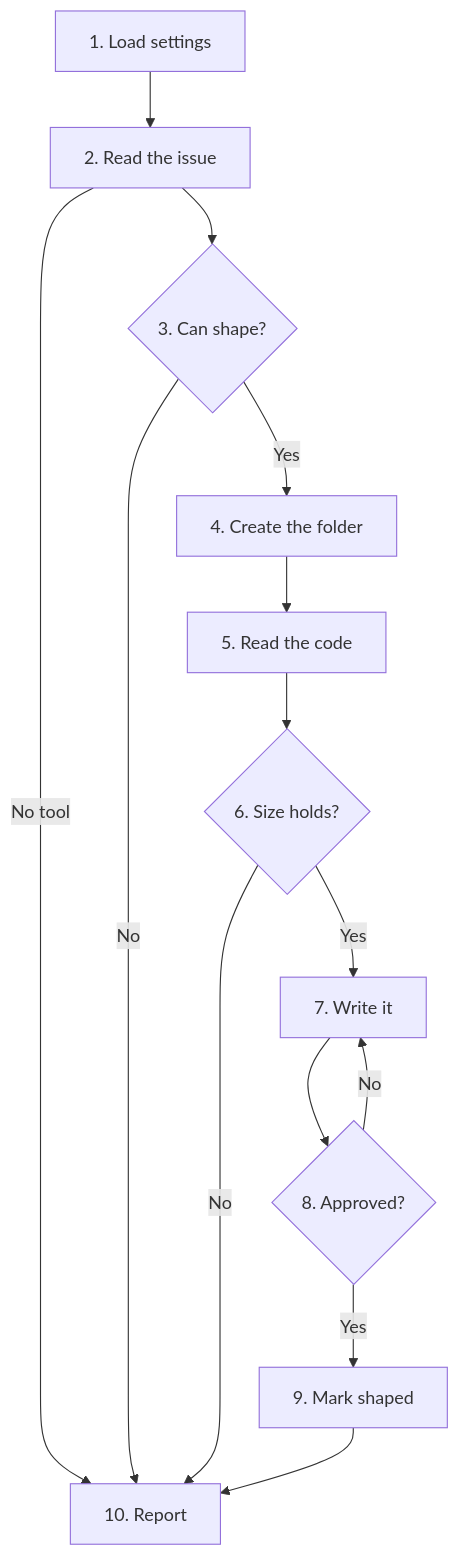
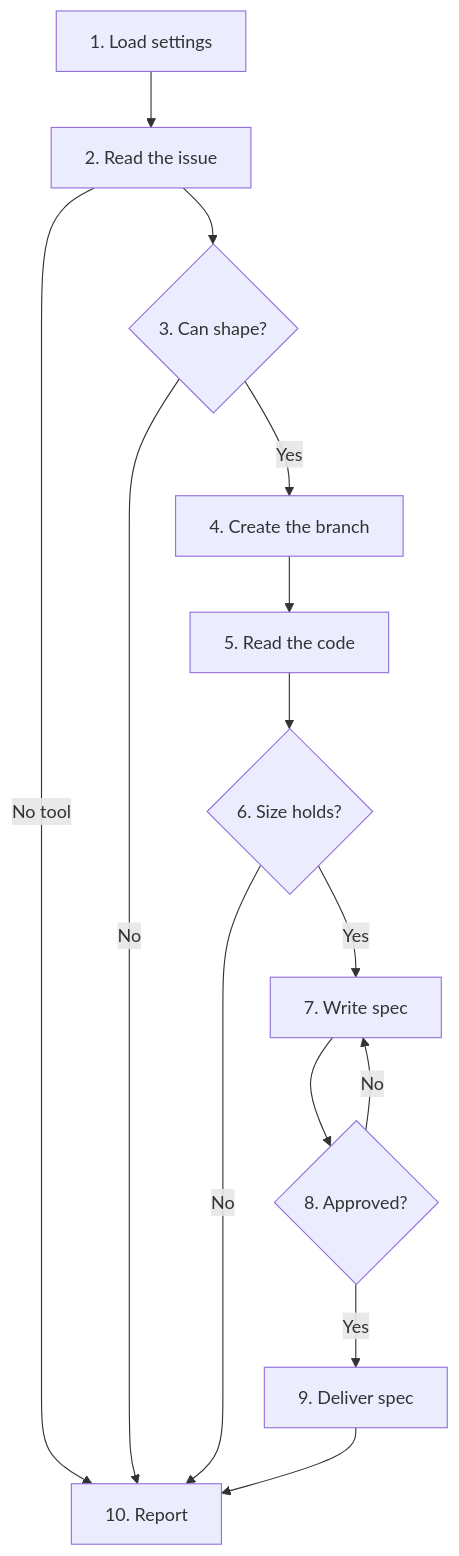
The diagram in skills/sdlc/shape/SKILL.md (cultoftheai/skills), drawn with Mermaid before and after one commit. The commit also changed other lines of this file and 5 other files, not shown here.

````diff
--- a/skills/sdlc/shape/SKILL.md
+++ b/skills/sdlc/shape/SKILL.md
@@ -19,27 +19,27 @@
 ```mermaid
 flowchart TD
     A[1. Load settings]
     B[2. Read the issue]
     C{3. Can shape?}
-    D[4. Create the folder]
+    D[4. Create the branch]
     E[5. Read the code]
     F{6. Size holds?}
-    G[7. Write it]
+    G[7. Write spec]
     H{8. Approved?}
-    I[9. Mark shaped]
+    I[9. Deliver spec]
     J[10. Report]
 
     A --> B
     B -->|No tool| J
     B --> C
     C -->|No| J
     C -->|Yes| D
     D --> E
     E --> F
     F -->|No| J
     F -->|Yes| G
     G --> H
     H -->|No| G
     H -->|Yes| I
     I --> J
 ```
````
